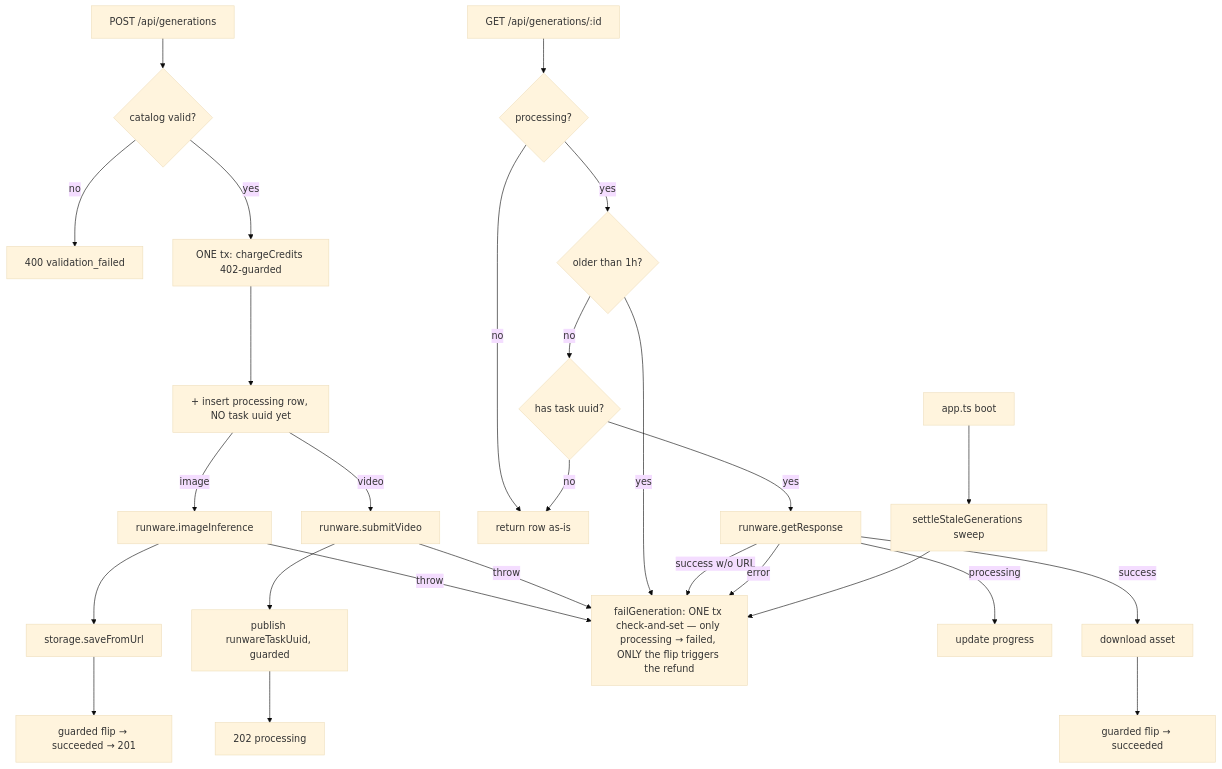
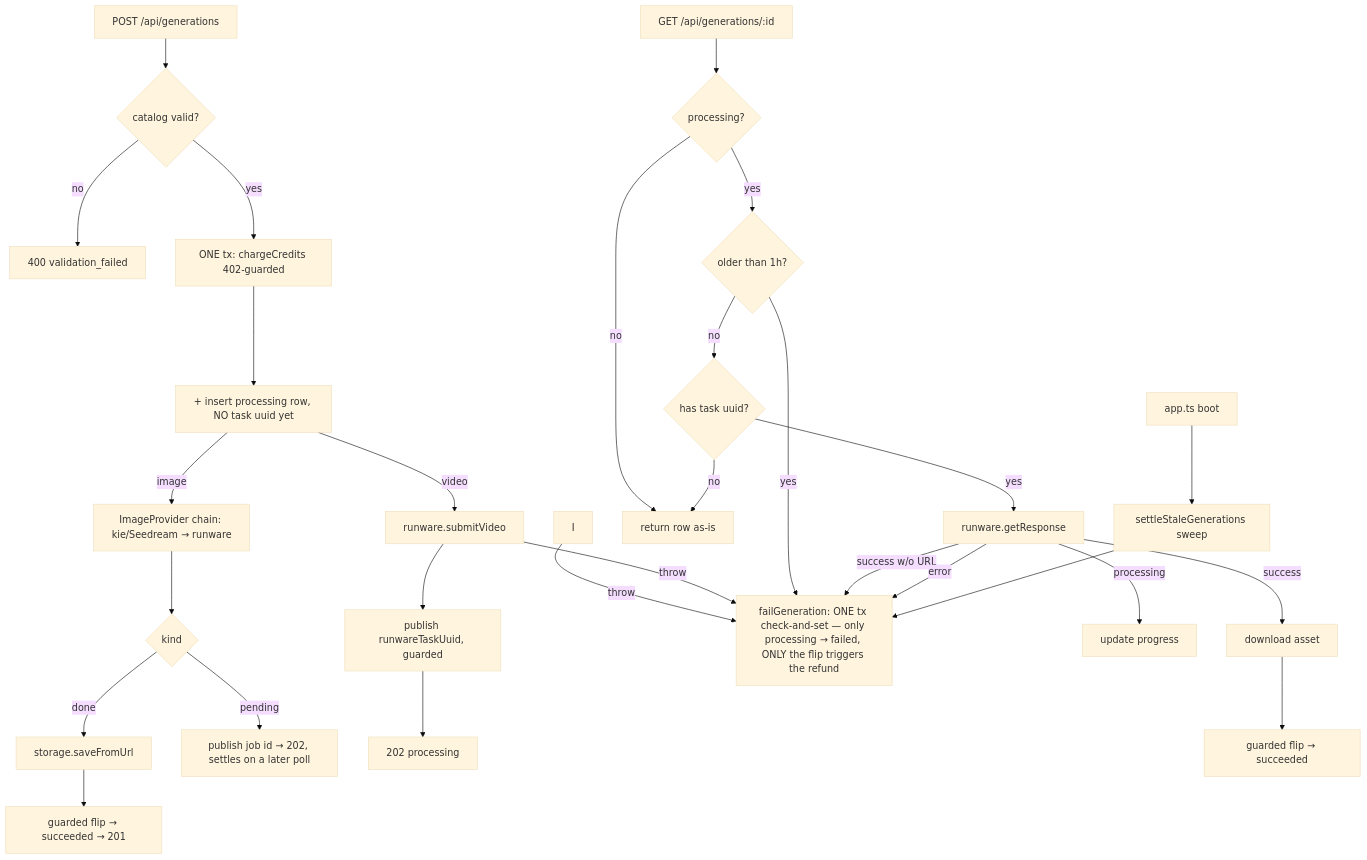
Before and after one commit to AzamatRaimbekov2/openCreate: the diagram in apps/api/src/modules/generations/service.ts.md, drawn with Mermaid (base theme). The commit also changed other lines of this file and 206 other files, not shown here.

````diff
--- a/apps/api/src/modules/generations/service.ts.md
+++ b/apps/api/src/modules/generations/service.ts.md
@@ -27,23 +27,25 @@
 ```mermaid
 flowchart TD
   P[POST /api/generations] --> V{catalog valid?}
   V -- no --> E400[400 validation_failed]
   V -- yes --> C[ONE tx: chargeCredits 402-guarded]
   C --> R[+ insert processing row, NO task uuid yet]
-  R -- image --> I[runware.imageInference] --> S[storage.saveFromUrl] --> GTX[guarded flip → succeeded → 201]
+  R -- image --> IP[ImageProvider chain: kie/Seedream → runware] --> IK{kind}
+  IK -- done --> S[storage.saveFromUrl] --> GTX[guarded flip → succeeded → 201]
+  IK -- pending --> PUB[publish job id → 202, settles on a later poll]
   R -- video --> SV[runware.submitVideo] --> PU[publish runwareTaskUuid, guarded] --> A[202 processing]
   I -- throw --> TF
   SV -- throw --> TF
   G[GET /api/generations/:id] --> Q{processing?}
   Q -- no --> DTO[return row as-is]
   Q -- yes --> ST{older than 1h?}
   ST -- yes --> TF
   ST -- no --> HU{has task uuid?}
   HU -- no --> DTO
   HU -- yes --> PL[runware.getResponse]
   PL -- processing --> UP[update progress]
   PL -- success w/o URL --> TF
   PL -- success --> DL[download asset] --> TX[guarded flip → succeeded]
   PL -- error --> TF[failGeneration: ONE tx check-and-set — only processing → failed, ONLY the flip triggers the refund]
   B[app.ts boot] --> SW[settleStaleGenerations sweep] --> TF
 ```
````
